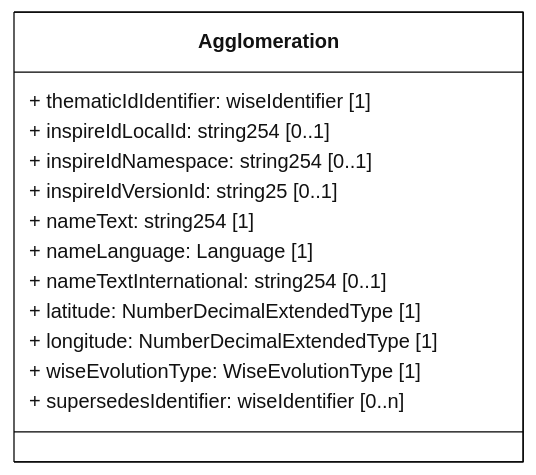
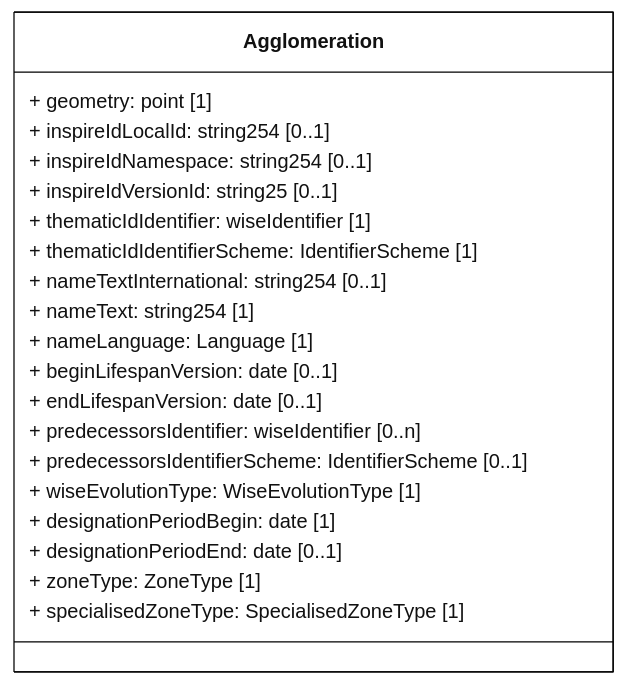
Before and after one commit to eeadata/WISE.UWWTD.Documentation: the diagram in docs/rUWWTD2024/SpatialPoints/mmd/SpatialPoints_Agglomeration_ClassDiagram.mmd, drawn with Mermaid. The commit also changed 11 other files, not shown here.

First line of the commit message:
Align the spatial points tables with the geospatial schema and WISE

```diff
--- a/docs/rUWWTD2024/SpatialPoints/mmd/SpatialPoints_Agglomeration_ClassDiagram.mmd
+++ b/docs/rUWWTD2024/SpatialPoints/mmd/SpatialPoints_Agglomeration_ClassDiagram.mmd
@@ -1,25 +1,32 @@
 ---
 config:
   class:
     hideEmptyMembersBox: true
   layout: dagre
   theme: neutral
 ---
 classDiagram
 direction LR
 class Agglomeration {
-    + thematicIdIdentifier: wiseIdentifier [1]
+    + geometry: point [1]
     + inspireIdLocalId: string254 [0..1]
     + inspireIdNamespace: string254 [0..1]
     + inspireIdVersionId: string25 [0..1]
+    + thematicIdIdentifier: wiseIdentifier [1]
+    + thematicIdIdentifierScheme: IdentifierScheme [1]
+    + nameTextInternational: string254 [0..1]
     + nameText: string254 [1]
     + nameLanguage: Language [1]
-    + nameTextInternational: string254 [0..1]
-    + latitude: NumberDecimalExtendedType [1]
-    + longitude: NumberDecimalExtendedType [1]
+    + beginLifespanVersion: date [0..1]
+    + endLifespanVersion: date [0..1]
+    + predecessorsIdentifier: wiseIdentifier [0..n]
+    + predecessorsIdentifierScheme: IdentifierScheme [0..1]
     + wiseEvolutionType: WiseEvolutionType [1]
-    + supersedesIdentifier: wiseIdentifier [0..n]
+    + designationPeriodBegin: date [1]
+    + designationPeriodEnd: date [0..1]
+    + zoneType: ZoneType [1]
+    + specialisedZoneType: SpecialisedZoneType [1]
 }
 
 classDef default fill:white,stroke:#000;
 classDef forFixing fill:white,stroke:#f00;
```
